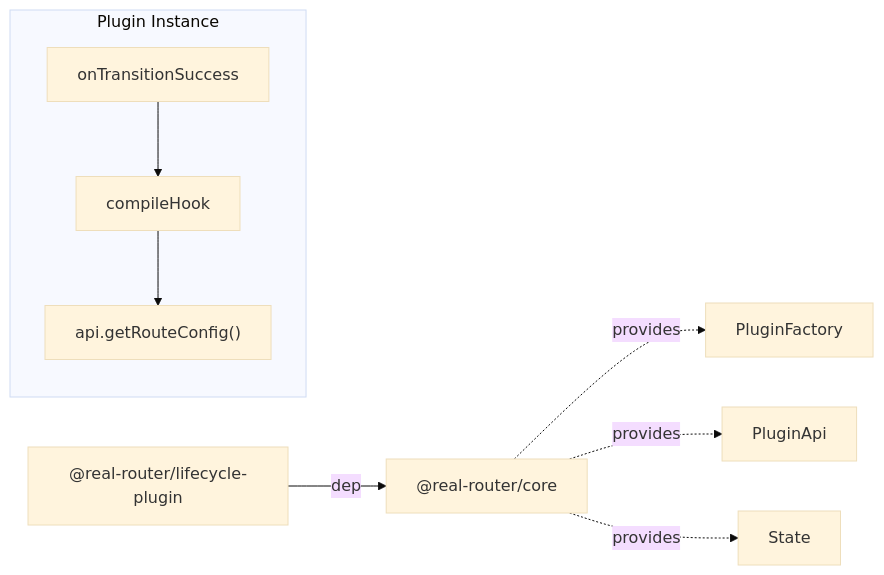
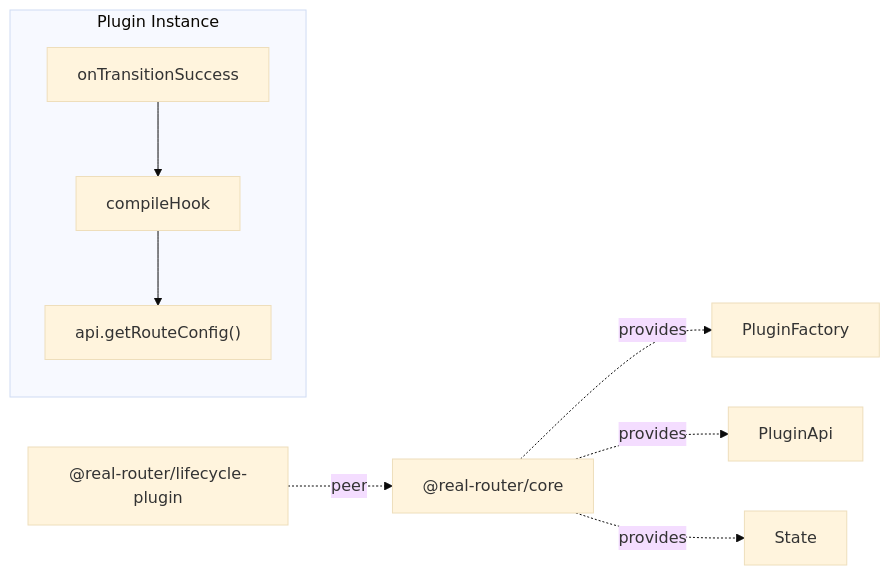
The diagram in packages/lifecycle-plugin/ARCHITECTURE.md (greydragon888/real-router), drawn with Mermaid (base theme) before and after one commit. The commit also changed 25 other files, not shown here.

````diff
--- a/packages/lifecycle-plugin/ARCHITECTURE.md
+++ b/packages/lifecycle-plugin/ARCHITECTURE.md
@@ -24,13 +24,13 @@
 ```mermaid
 graph LR
-    LP["@real-router/lifecycle-plugin"] -->|dep| CORE["@real-router/core"]
+    LP["@real-router/lifecycle-plugin"] -.->|peer| CORE["@real-router/core"]
 
     CORE -.->|provides| PF[PluginFactory]
     CORE -.->|provides| PA[PluginApi]
     CORE -.->|provides| TYPES["State"]
 
     subgraph plugin [Plugin Instance]
         SH["onTransitionSuccess"] --> CH[compileHook]
         CH --> GRC["api.getRouteConfig()"]
     end
 ```
````
